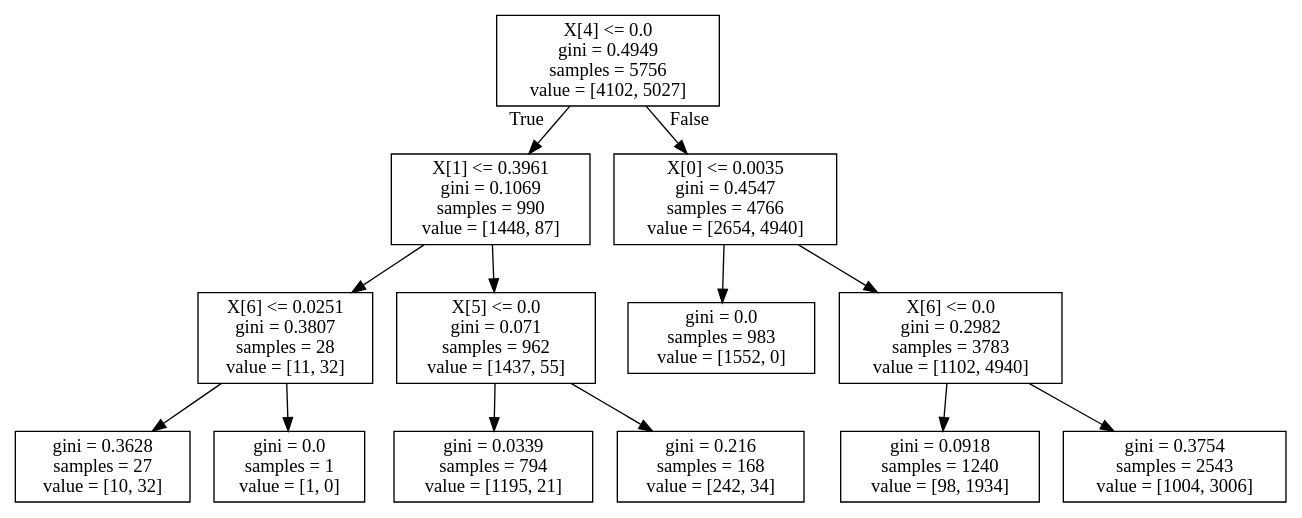
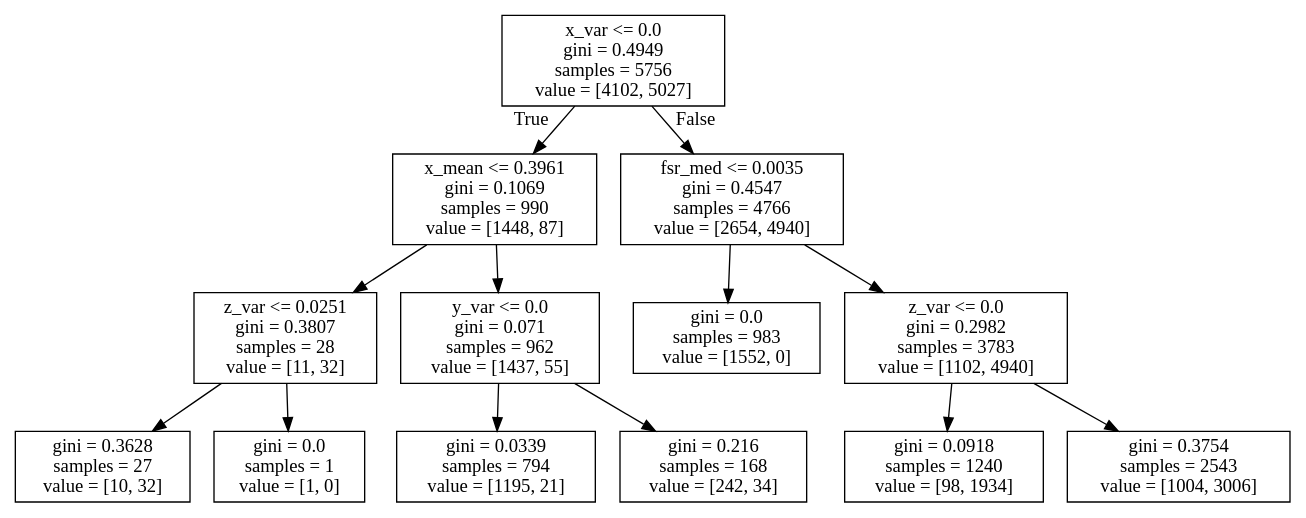
The diagram in dip/random_forest_renders/tree_1.dot (dannygosain1/goyo), drawn with Graphviz before and after one commit. The commit also changed 9 other files, not shown here.

```diff
--- a/dip/random_forest_renders/tree_1.dot
+++ b/dip/random_forest_renders/tree_1.dot
@@ -1,28 +1,28 @@
 digraph Tree {
 node [shape=box] ;
-0 [label="X[4] <= 0.0\ngini = 0.4949\nsamples = 5756\nvalue = [4102, 5027]"] ;
-1 [label="X[1] <= 0.3961\ngini = 0.1069\nsamples = 990\nvalue = [1448, 87]"] ;
+0 [label="x_var <= 0.0\ngini = 0.4949\nsamples = 5756\nvalue = [4102, 5027]"] ;
+1 [label="x_mean <= 0.3961\ngini = 0.1069\nsamples = 990\nvalue = [1448, 87]"] ;
 0 -> 1 [labeldistance=2.5, labelangle=45, headlabel="True"] ;
-2 [label="X[6] <= 0.0251\ngini = 0.3807\nsamples = 28\nvalue = [11, 32]"] ;
+2 [label="z_var <= 0.0251\ngini = 0.3807\nsamples = 28\nvalue = [11, 32]"] ;
 1 -> 2 ;
 3 [label="gini = 0.3628\nsamples = 27\nvalue = [10, 32]"] ;
 2 -> 3 ;
 4 [label="gini = 0.0\nsamples = 1\nvalue = [1, 0]"] ;
 2 -> 4 ;
-5 [label="X[5] <= 0.0\ngini = 0.071\nsamples = 962\nvalue = [1437, 55]"] ;
+5 [label="y_var <= 0.0\ngini = 0.071\nsamples = 962\nvalue = [1437, 55]"] ;
 1 -> 5 ;
 6 [label="gini = 0.0339\nsamples = 794\nvalue = [1195, 21]"] ;
 5 -> 6 ;
 7 [label="gini = 0.216\nsamples = 168\nvalue = [242, 34]"] ;
 5 -> 7 ;
-8 [label="X[0] <= 0.0035\ngini = 0.4547\nsamples = 4766\nvalue = [2654, 4940]"] ;
+8 [label="fsr_med <= 0.0035\ngini = 0.4547\nsamples = 4766\nvalue = [2654, 4940]"] ;
 0 -> 8 [labeldistance=2.5, labelangle=-45, headlabel="False"] ;
 9 [label="gini = 0.0\nsamples = 983\nvalue = [1552, 0]"] ;
 8 -> 9 ;
-10 [label="X[6] <= 0.0\ngini = 0.2982\nsamples = 3783\nvalue = [1102, 4940]"] ;
+10 [label="z_var <= 0.0\ngini = 0.2982\nsamples = 3783\nvalue = [1102, 4940]"] ;
 8 -> 10 ;
 11 [label="gini = 0.0918\nsamples = 1240\nvalue = [98, 1934]"] ;
 10 -> 11 ;
 12 [label="gini = 0.3754\nsamples = 2543\nvalue = [1004, 3006]"] ;
 10 -> 12 ;
 }
```
